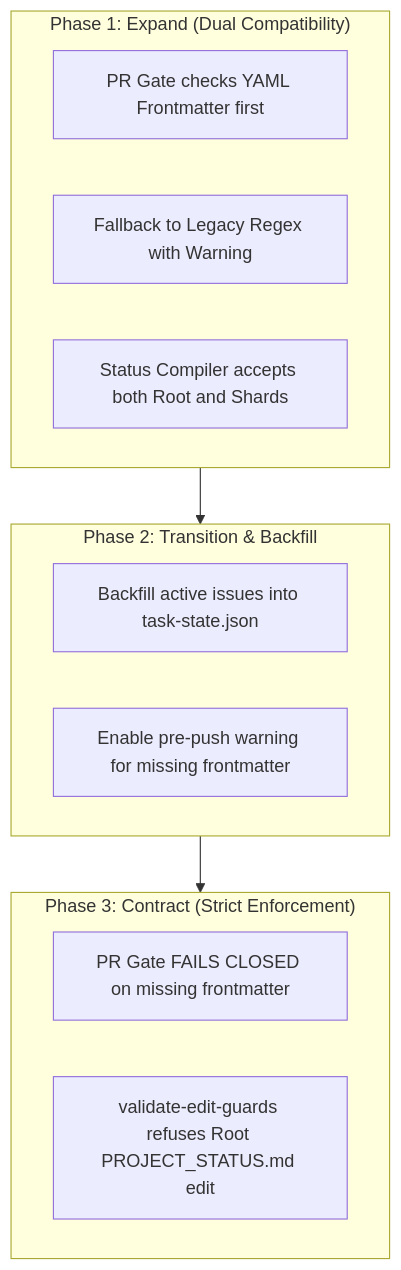
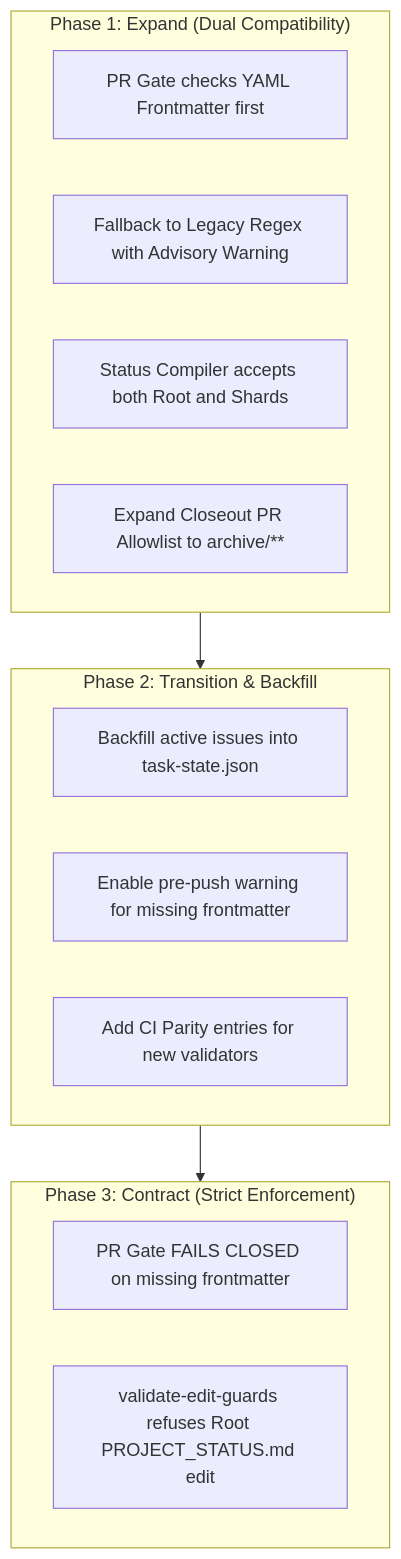
The fifth of 5 diagrams in docs/records/sdd/2026-09-11-next-gen-dynamic-workflow-sdd.md (chakrits/AI-Agent-Workflow), drawn with Mermaid before and after one commit. The commit also changed other lines of this file, not shown here.

Commit message:
docs: update SDD with workflow, hook, and CI parity constraints (AC-009 to AC-014)

````diff
--- a/docs/records/sdd/2026-09-11-next-gen-dynamic-workflow-sdd.md
+++ b/docs/records/sdd/2026-09-11-next-gen-dynamic-workflow-sdd.md
@@ -492,17 +556,19 @@
 ```mermaid
 graph TD
     subgraph Phase1["Phase 1: Expand (Dual Compatibility)"]
         D1["PR Gate checks YAML Frontmatter first"]
-        D2["Fallback to Legacy Regex with Warning"]
+        D2["Fallback to Legacy Regex with Advisory Warning"]
         D3["Status Compiler accepts both Root and Shards"]
+        D4["Expand Closeout PR Allowlist to archive/**"]
     end
     subgraph Phase2["Phase 2: Transition & Backfill"]
         B1["Backfill active issues into task-state.json"]
         B2["Enable pre-push warning for missing frontmatter"]
+        B3["Add CI Parity entries for new validators"]
     end
     subgraph Phase3["Phase 3: Contract (Strict Enforcement)"]
         C1["PR Gate FAILS CLOSED on missing frontmatter"]
         C2["validate-edit-guards refuses Root PROJECT_STATUS.md edit"]
     end
     Phase1 --> Phase2 --> Phase3
 ```
````
